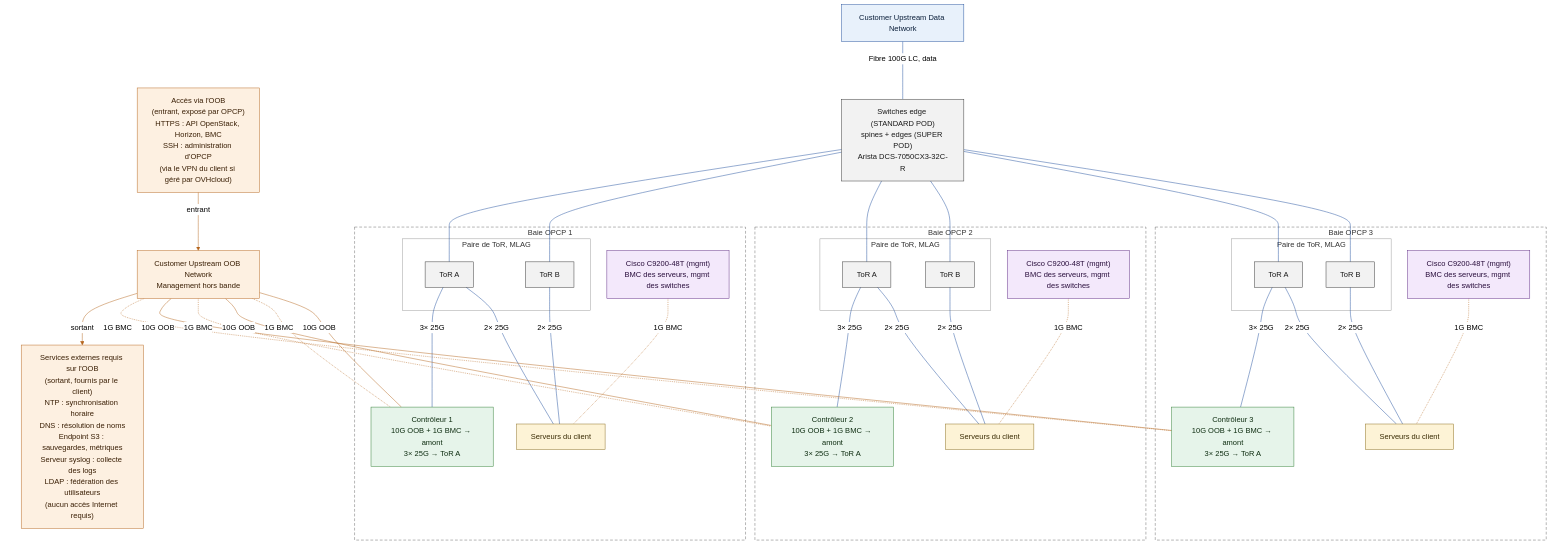
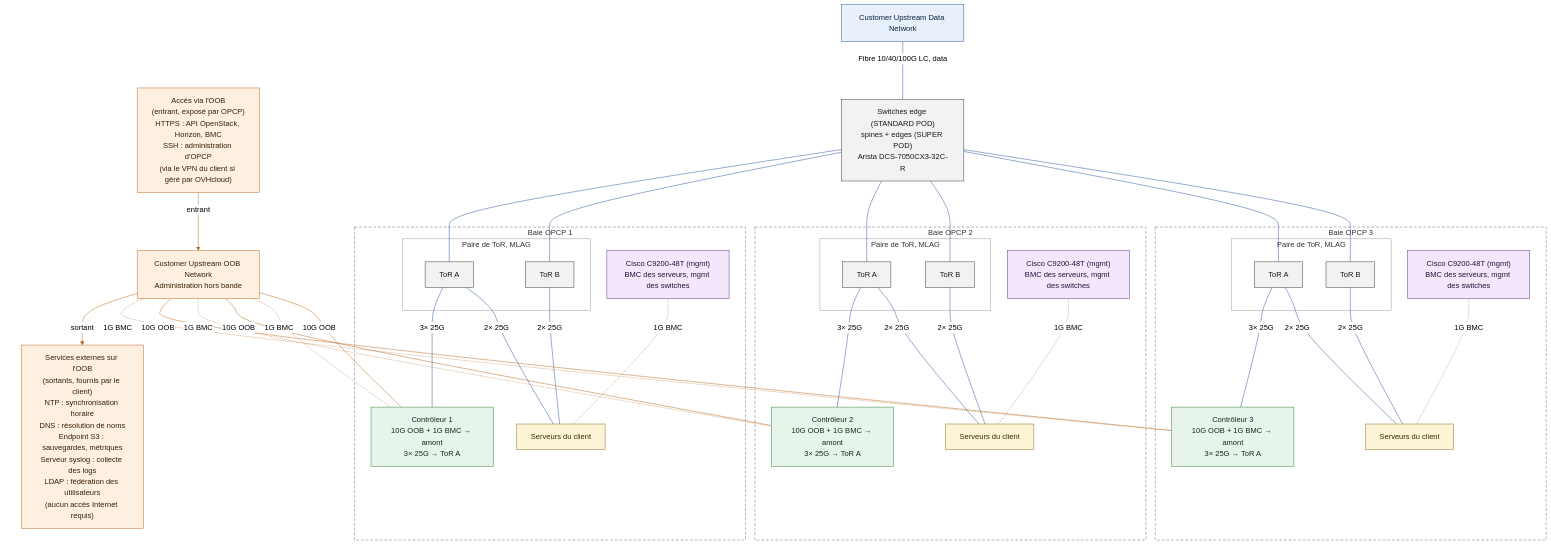
The second of 2 diagrams in docs/fr/guides/hosted-private-cloud/opcp/opcp-network-architecture.mdx (ovh/ovhcloud-docs), drawn with Mermaid (neutral theme) before and after one commit. The commit also changed other lines of this file and 8 other files, not shown here.

Commit message:
docs: proofreading OPCP network architecture and node lifecycle

````diff
--- a/docs/fr/guides/hosted-private-cloud/opcp/opcp-network-architecture.mdx
+++ b/docs/fr/guides/hosted-private-cloud/opcp/opcp-network-architecture.mdx
@@ -164,81 +165,81 @@
 ```mermaid
 flowchart TB
     accTitle: Topologie OPCP STANDARD POD et SUPER POD, 3 contrôleurs dans 3 baies
-    accDescr: Trois baies OPCP comptant chacune un contrôleur. Dans chaque baie, les serveurs du client sont reliés à ToR A et ToR B en 2x25G et leurs BMC au switch de management Cisco ; le contrôleur est relié à ToR A en 3x25G et au réseau OOB du client en fibre 10G, plus un lien 1G RJ45 pour son BMC. Les ToR de chaque baie remontent vers les switches edge (et les spines en SUPER POD), reliés au réseau de données du client en fibre 100G. Via le réseau OOB, OPCP expose les accès HTTPS et SSH et joint les services NTP, DNS, S3, syslog et LDAP fournis par le client.
+    accDescr: Trois baies OPCP comptant chacune un contrôleur. Dans chaque baie, les serveurs du client sont reliés à ToR A et ToR B en 2x25G et leurs BMC au switch de management Cisco ; le contrôleur est relié à ToR A en 3x25G et au réseau OOB du client en fibre 10G, plus un lien 1G RJ45 pour son BMC. Les ToR de chaque baie remontent vers les switches edge (et les spines en SUPER POD), reliés au réseau de données du client en fibre 10G, 40G ou 100G. Via le réseau OOB, OPCP expose les accès HTTPS et SSH et joint les services NTP, DNS, S3, syslog et LDAP fournis par le client.
     subgraph R1["Baie OPCP 1"]
         subgraph P1["Paire de ToR, MLAG"]
             TA1["ToR A"]:::switch
             TB1["ToR B"]:::switch
         end
         M1["Cisco C9200-48T (mgmt)<br/>BMC des serveurs, mgmt des switches"]:::mgmt
         S1["Serveurs du client"]:::server
         C1["Contrôleur 1<br/>10G OOB + 1G BMC → amont<br/>3× 25G → ToR A"]:::ctrl
     end
     subgraph R2["Baie OPCP 2"]
         subgraph P2["Paire de ToR, MLAG"]
             TA2["ToR A"]:::switch
             TB2["ToR B"]:::switch
         end
         M2["Cisco C9200-48T (mgmt)<br/>BMC des serveurs, mgmt des switches"]:::mgmt
         S2["Serveurs du client"]:::server
         C2["Contrôleur 2<br/>10G OOB + 1G BMC → amont<br/>3× 25G → ToR A"]:::ctrl
     end
     subgraph R3["Baie OPCP 3"]
         subgraph P3["Paire de ToR, MLAG"]
             TA3["ToR A"]:::switch
             TB3["ToR B"]:::switch
         end
         M3["Cisco C9200-48T (mgmt)<br/>BMC des serveurs, mgmt des switches"]:::mgmt
         S3["Serveurs du client"]:::server
         C3["Contrôleur 3<br/>10G OOB + 1G BMC → amont<br/>3× 25G → ToR A"]:::ctrl
     end
     DATA["Customer Upstream Data Network"]:::data
     subgraph ADM[" "]
-        OOB["Customer Upstream OOB Network<br/>Management hors bande"]:::oob
-        IN["Accès via l'OOB<br/>(entrant, exposé par OPCP)<br/>HTTPS : API OpenStack, Horizon, BMC<br/>SSH : administration d'OPCP<br/>(via le VPN du client si géré par OVHcloud)"]:::oob
-        EXT["Services externes requis sur l'OOB<br/>(sortant, fournis par le client)<br/>NTP : synchronisation horaire<br/>DNS : résolution de noms<br/>Endpoint S3 : sauvegardes, métriques<br/>Serveur syslog : collecte des logs<br/>LDAP : fédération des utilisateurs<br/>(aucun accès Internet requis)"]:::oob
+        OOB["Customer Upstream OOB Network<br/>Administration hors bande"]:::oob
+        IN["Accès via l'OOB<br/>(entrant, exposé par OPCP)<br/>HTTPS : API OpenStack, Horizon, BMC<br/>SSH : administration d'OPCP<br/>(via le VPN du client si géré par OVHcloud)"]:::oob
+        EXT["Services externes sur l'OOB<br/>(sortants, fournis par le client)<br/>NTP : synchronisation horaire<br/>DNS : résolution de noms<br/>Endpoint S3 : sauvegardes, métriques<br/>Serveur syslog : collecte des logs<br/>LDAP : fédération des utilisateurs<br/>(aucun accès Internet requis)"]:::oob
     end
     EDGE["Switches edge (STANDARD POD)<br/>spines + edges (SUPER POD)<br/>Arista DCS-7050CX3-32C-R"]:::switch
-    DATA ---|"Fibre 100G LC, data"| EDGE
+    DATA ---|"Fibre 10/40/100G LC, data"| EDGE
     EDGE --- TB3
     EDGE --- TA3
     TA1 ---|"2× 25G"| S1
     TB1 ---|"2× 25G"| S1
     TA1 ---|"3× 25G"| C1
     EDGE --- TB2
     EDGE --- TA2
     TA2 ---|"2× 25G"| S2
     TB2 ---|"2× 25G"| S2
     TA2 ---|"3× 25G"| C2
     EDGE --- TB1
     EDGE --- TA1
     TA3 ---|"2× 25G"| S3
     TB3 ---|"2× 25G"| S3
     TA3 ---|"3× 25G"| C3
     M1 -.-|"1G BMC"| S1
     OOB ---|"10G OOB"| C1
     OOB -.-|"1G BMC"| C1
     M2 -.-|"1G BMC"| S2
     OOB ---|"10G OOB"| C2
     OOB -.-|"1G BMC"| C2
     M3 -.-|"1G BMC"| S3
     OOB ---|"10G OOB"| C3
     OOB -.-|"1G BMC"| C3
     IN -->|"entrant"| OOB
     OOB -->|"sortant"| EXT
     linkStyle 0,1,2,3,4,5,6,7,8,9,10,11,12,13,14,15 stroke:#1f4e9c
     linkStyle 16,17,18,19,20,21,22,23,24,25,26 stroke:#b5651d
     style R1 fill:none,stroke:#666666,stroke-dasharray:6 4
     style P1 fill:none,stroke:#999999
     style R2 fill:none,stroke:#666666,stroke-dasharray:6 4
     style P2 fill:none,stroke:#999999
     style R3 fill:none,stroke:#666666,stroke-dasharray:6 4
     style P3 fill:none,stroke:#999999
     style ADM fill:none,stroke:none
     classDef data fill:#e8f1fb,stroke:#1f4e9c,color:#0b1f3a
     classDef oob fill:#fdf0e1,stroke:#b5651d,color:#3a1f05
     classDef ctrl fill:#e6f4ea,stroke:#2e7d32,color:#0f2e12
     classDef mgmt fill:#f3e8fb,stroke:#5e2a84,color:#2a0f3d
     classDef server fill:#fdf3d6,stroke:#8a6d1d,color:#3a2c05
     classDef switch fill:#f2f2f2,stroke:#333333,color:#1a1a1a
 ```
````
